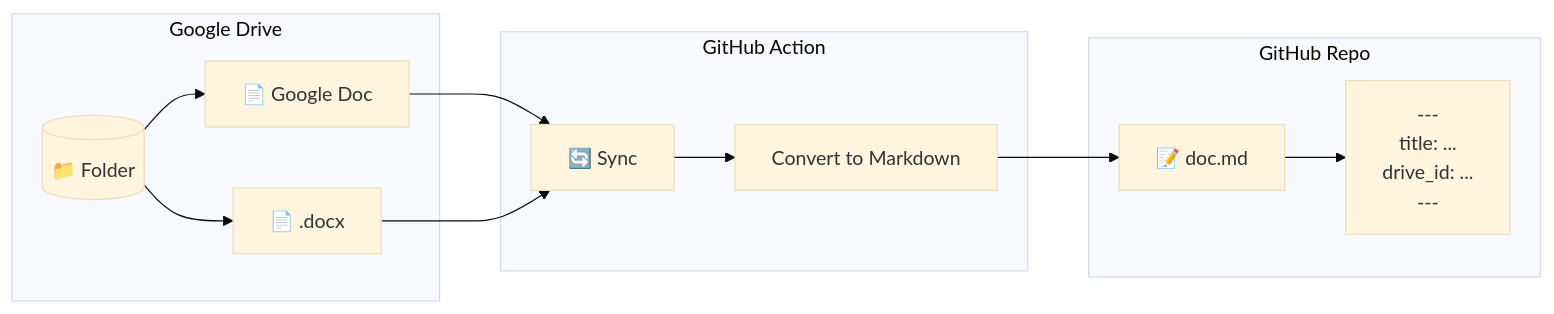
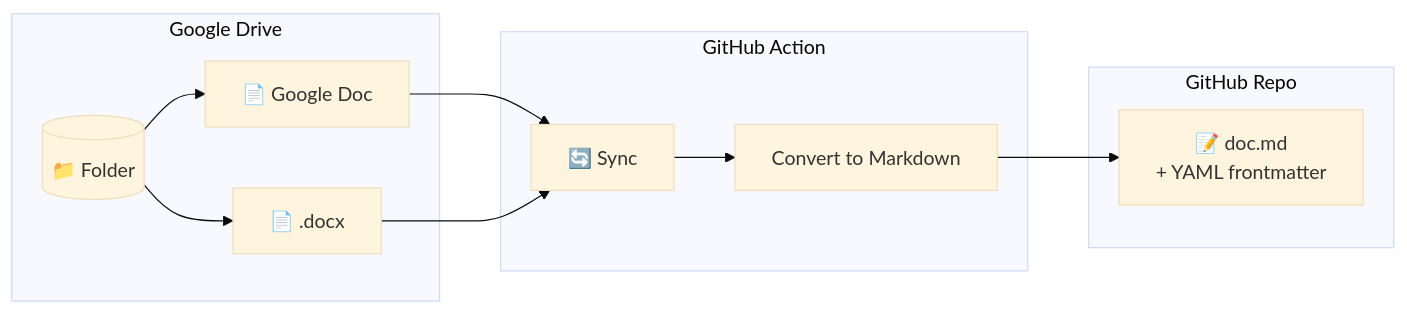
One commit to sderosiaux/google-drive-to-github-sync changed the diagram in README.md. Above: the diagram before and after it, drawn with Mermaid (base theme).

Commit message:
Fix Mermaid diagram line break rendering

````diff
--- a/README.md
+++ b/README.md
@@ -9,24 +9,22 @@
 ```mermaid
 flowchart LR
     subgraph Google Drive
         A[("📁 Folder")]
         B["📄 Google Doc"]
         C["📄 .docx"]
     end
 
     subgraph GitHub Action
         D["🔄 Sync"]
         E["Convert to Markdown"]
     end
 
     subgraph GitHub Repo
-        F["📝 doc.md"]
-        G["---\ntitle: ...\ndrive_id: ...\n---"]
+        F["📝 doc.md<br/>+ YAML frontmatter"]
     end
 
     A --> B & C
     B & C --> D
     D --> E
     E --> F
-    F --> G
 ```
````
